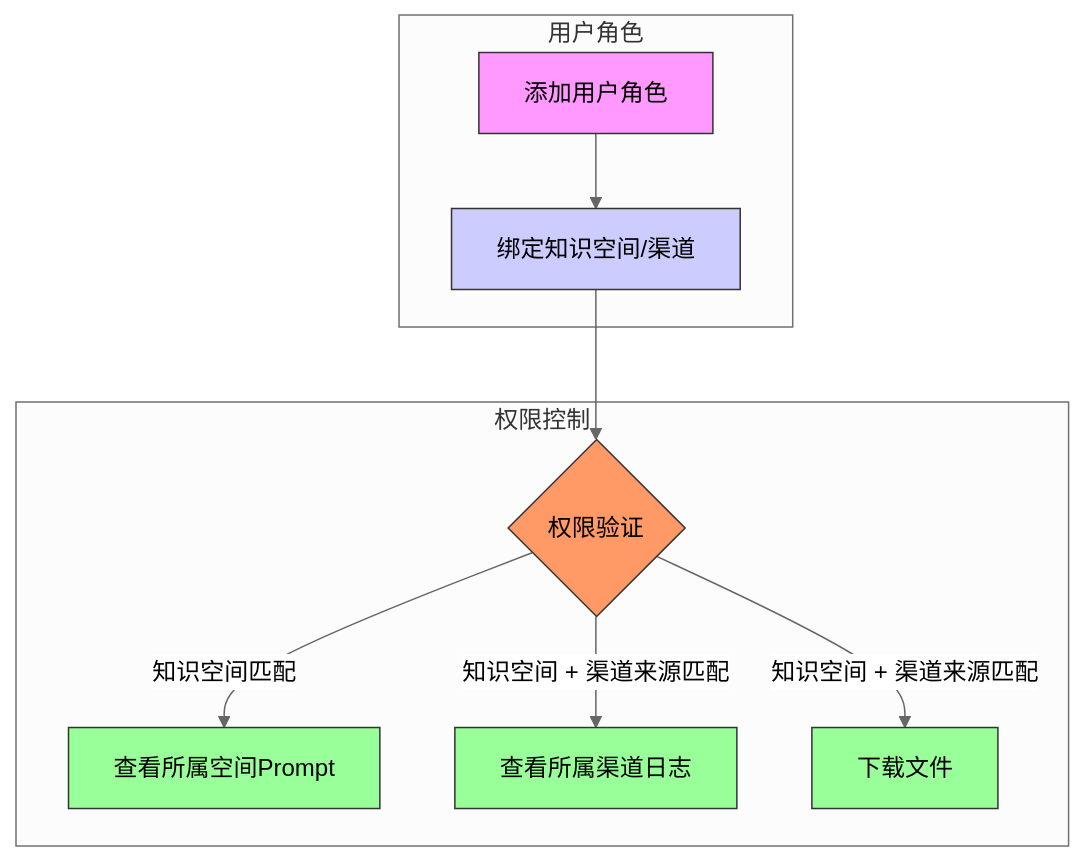
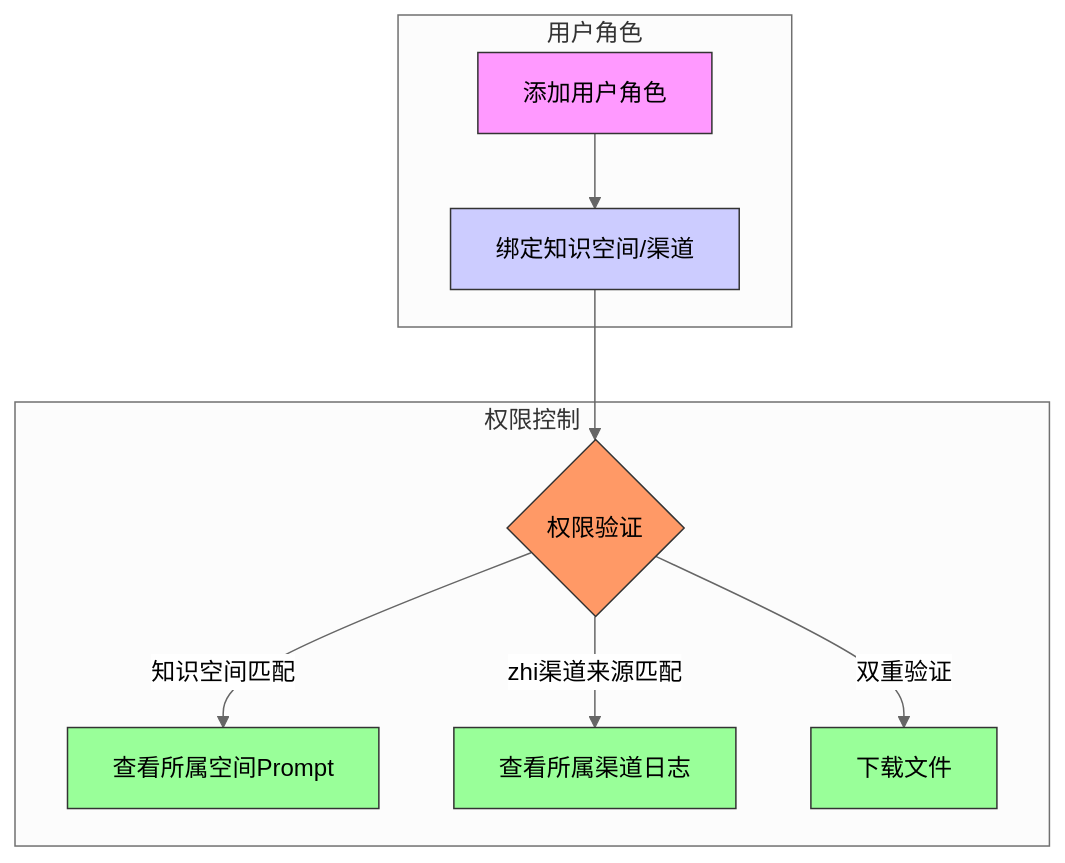
The diagram in all/未命名-2.md (funnyData/iodraw-files), drawn with Mermaid (neutral theme) before and after one commit.

Commit message:
2025-03-11 19:23:06 update

````diff
--- a/all/未命名-2.md
+++ b/all/未命名-2.md
@@ -1,20 +1,20 @@
 ```mermaid
 flowchart TD
     subgraph 用户角色
         A[添加用户角色] --> B[绑定知识空间/渠道]
     end
 
     subgraph 权限控制
         B --> F{权限验证}
         F -->|知识空间匹配| C[查看所属空间Prompt]
-        F -->|知识空间 + 渠道来源匹配| D[查看所属渠道日志]
-        F -->|知识空间 + 渠道来源匹配| E[下载文件]
+        F -->|zhi渠道来源匹配| D[查看所属渠道日志]
+        F -->|双重验证| E[下载文件]
     end
 
     style A fill:#f9f,stroke:#333
     style B fill:#ccf,stroke:#333
     style F fill:#f96,stroke:#333
     style C fill:#9f9,stroke:#333
     style D fill:#9f9,stroke:#333
     style E fill:#9f9,stroke:#333
 ```
````
